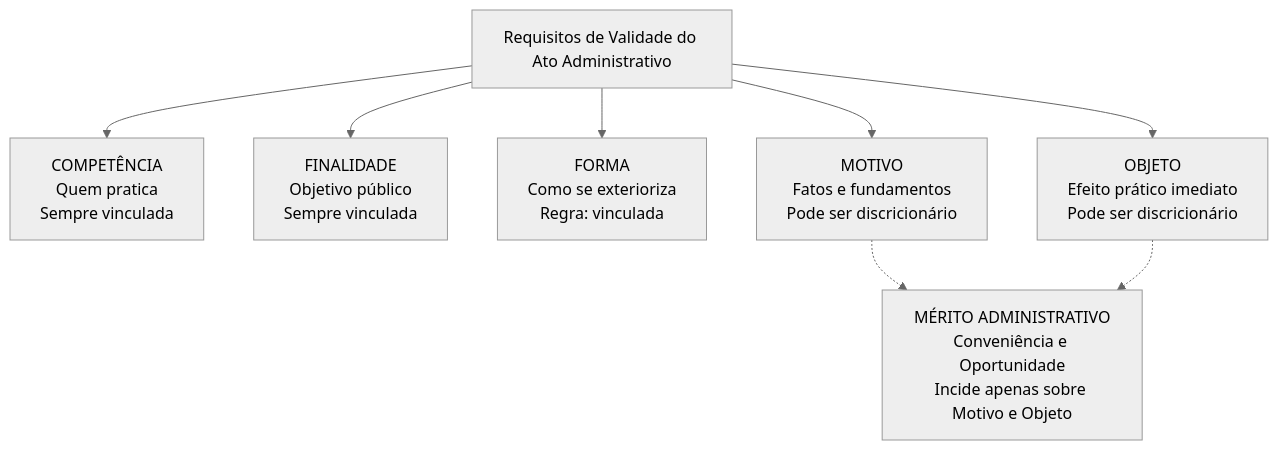
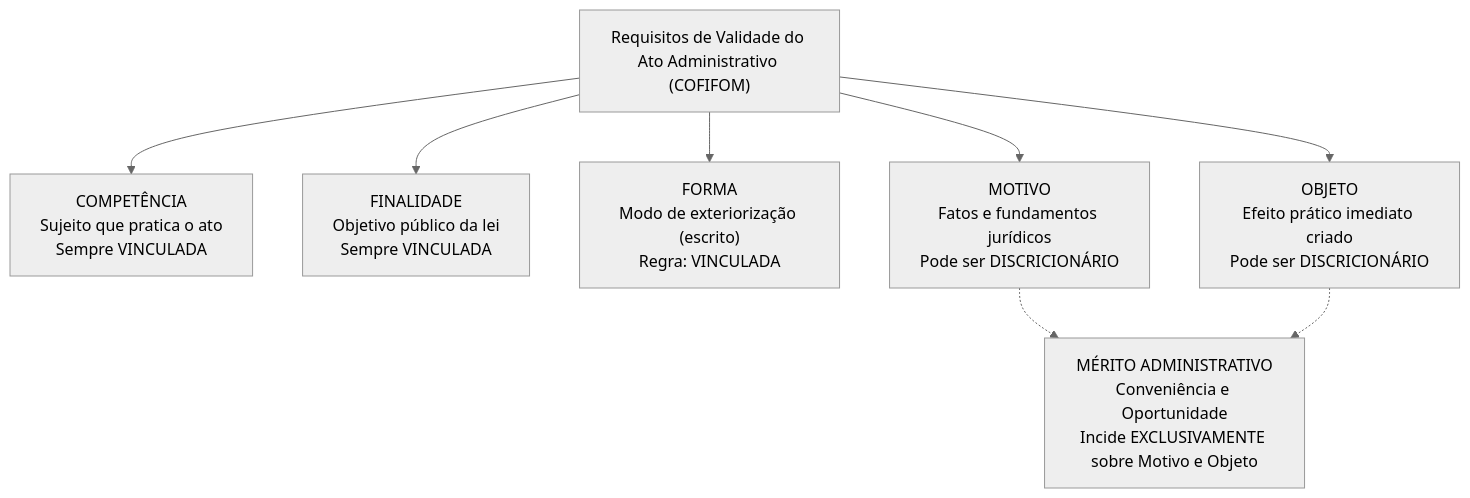
The second of 4 diagrams in fontes_de_estudo/conhecimentos_especificos_a01_tecnico_administrativo/15_nocoes_de_direito_administrativo/03_atos_administrativos_e_processo_estadual.md (thiagosantos346/TCE-GO-2027), drawn with Mermaid (neutral theme) before and after one commit. The commit also changed other lines of this file and 119 other files, not shown here.

````diff
--- a/fontes_de_estudo/conhecimentos_especificos_a01_tecnico_administrativo/15_nocoes_de_direito_administrativo/03_atos_administrativos_e_processo_estadual.md
+++ b/fontes_de_estudo/conhecimentos_especificos_a01_tecnico_administrativo/15_nocoes_de_direito_administrativo/03_atos_administrativos_e_processo_estadual.md
@@ -69,10 +90,13 @@
 ```mermaid
 flowchart TD
-    ATO["Requisitos de Validade do Ato Administrativo"] --> C["COMPETÊNCIA<br/>Quem pratica<br/>Sempre vinculada"]
-    ATO --> F["FINALIDADE<br/>Objetivo público<br/>Sempre vinculada"]
-    ATO --> FO["FORMA<br/>Como se exterioriza<br/>Regra: vinculada"]
-    ATO --> M["MOTIVO<br/>Fatos e fundamentos<br/>Pode ser discricionário"]
-    ATO --> O["OBJETO<br/>Efeito prático imediato<br/>Pode ser discricionário"]
-    M -.-> MERITO["MÉRITO ADMINISTRATIVO<br/>Conveniência e Oportunidade<br/>Incide apenas sobre Motivo e Objeto"]
+    ATO["Requisitos de Validade do Ato Administrativo (COFIFOM)"]
+    
+    ATO --> C["COMPETÊNCIA<br/>Sujeito que pratica o ato<br/>Sempre VINCULADA"]
+    ATO --> F["FINALIDADE<br/>Objetivo público da lei<br/>Sempre VINCULADA"]
+    ATO --> FO["FORMA<br/>Modo de exteriorização (escrito)<br/>Regra: VINCULADA"]
+    ATO --> M["MOTIVO<br/>Fatos e fundamentos jurídicos<br/>Pode ser DISCRICIONÁRIO"]
+    ATO --> O["OBJETO<br/>Efeito prático imediato criado<br/>Pode ser DISCRICIONÁRIO"]
+    
+    M -.-> MERITO["MÉRITO ADMINISTRATIVO<br/>Conveniência e Oportunidade<br/>Incide EXCLUSIVAMENTE sobre Motivo e Objeto"]
     O -.-> MERITO
 ```
````
